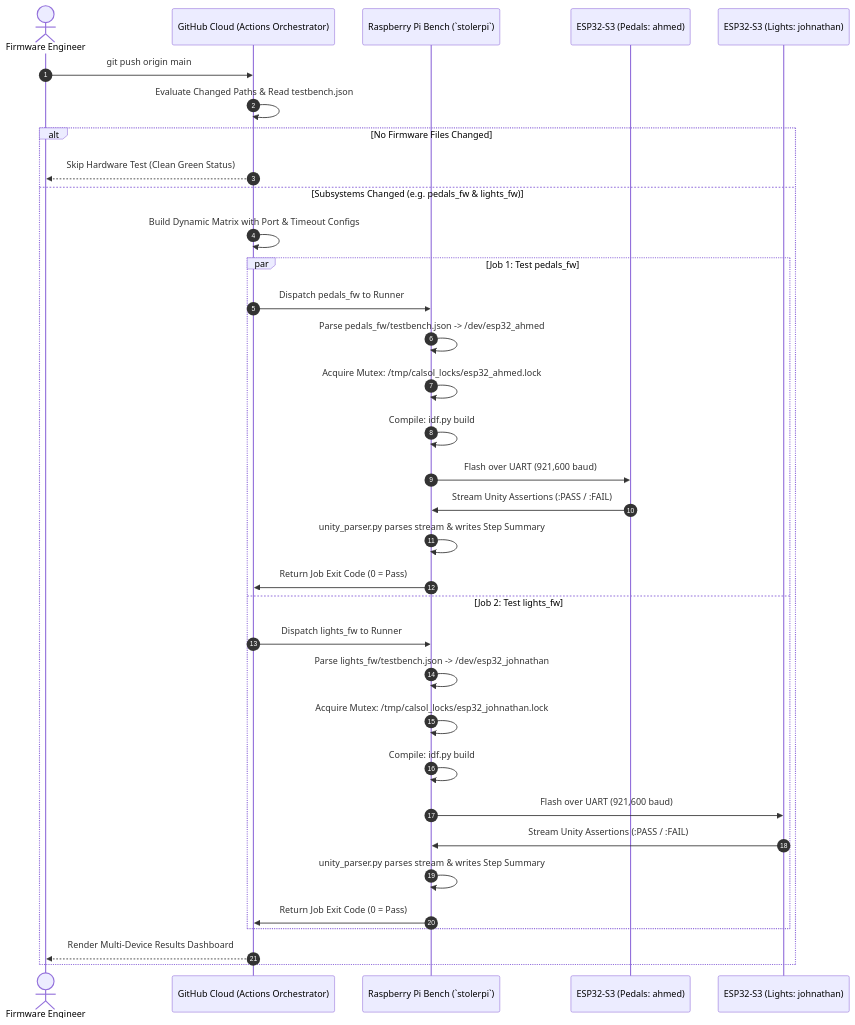
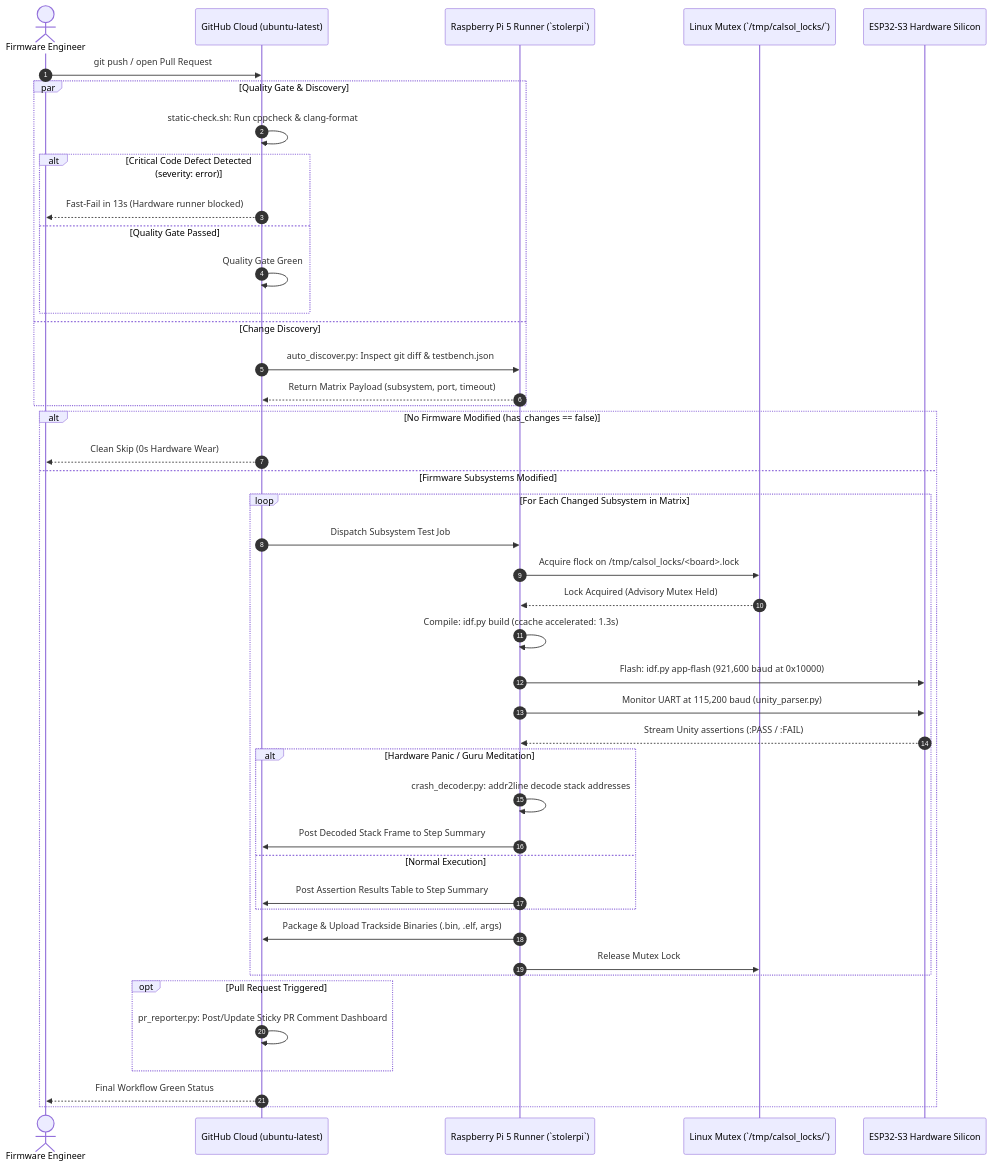
Before and after one commit to JuneKim0712/CAN-Testbench: the first of 2 diagrams in github-action/README.md, drawn with Mermaid. The commit also changed other lines of this file, not shown here.

Commit message:
docs: expand technical manual with rigorous code breakdown and setup guide

````diff
--- a/github-action/README.md
+++ b/github-action/README.md
@@ -21,37 +58,50 @@
 ```mermaid
 sequenceDiagram
     autonumber
     actor Dev as Firmware Engineer
-    participant GH as GitHub Cloud (Actions Orchestrator)
-    participant Pi as Raspberry Pi Bench (`stolerpi`)
-    participant ESP_A as ESP32-S3 (Pedals: ahmed)
-    participant ESP_B as ESP32-S3 (Lights: johnathan)
+    participant GH as GitHub Cloud (ubuntu-latest)
+    participant Runner as Raspberry Pi 5 Runner (`stolerpi`)
+    participant Lock as Linux Mutex (`/tmp/calsol_locks/`)
+    participant ESP as ESP32-S3 Hardware Silicon
 
-    Dev->>GH: git push origin main
-    GH->>GH: Evaluate Changed Paths & Read testbench.json
-    alt No Firmware Files Changed
-        GH-->>Dev: Skip Hardware Test (Clean Green Status)
-    else Subsystems Changed (e.g. pedals_fw & lights_fw)
-        GH->>GH: Build Dynamic Matrix with Port & Timeout Configs
-        par Job 1: Test pedals_fw
-            GH->>Pi: Dispatch pedals_fw to Runner
-            Pi->>Pi: Parse pedals_fw/testbench.json -> /dev/esp32_ahmed
-            Pi->>Pi: Acquire Mutex: /tmp/calsol_locks/esp32_ahmed.lock
-            Pi->>Pi: Compile: idf.py build
-            Pi->>ESP_A: Flash over UART (921,600 baud)
-            ESP_A->>Pi: Stream Unity Assertions (:PASS / :FAIL)
-            Pi->>Pi: unity_parser.py parses stream & writes Step Summary
-            Pi->>GH: Return Job Exit Code (0 = Pass)
-        and Job 2: Test lights_fw
-            GH->>Pi: Dispatch lights_fw to Runner
-            Pi->>Pi: Parse lights_fw/testbench.json -> /dev/esp32_johnathan
-            Pi->>Pi: Acquire Mutex: /tmp/calsol_locks/esp32_johnathan.lock
-            Pi->>Pi: Compile: idf.py build
-            Pi->>ESP_B: Flash over UART (921,600 baud)
-            ESP_B->>Pi: Stream Unity Assertions (:PASS / :FAIL)
-            Pi->>Pi: unity_parser.py parses stream & writes Step Summary
-            Pi->>GH: Return Job Exit Code (0 = Pass)
+    Dev->>GH: git push / open Pull Request
+    par Quality Gate & Discovery
+        GH->>GH: static-check.sh: Run cppcheck & clang-format
+        alt Critical Code Defect Detected (severity: error)
+            GH-->>Dev: Fast-Fail in 13s (Hardware runner blocked)
+        else Quality Gate Passed
+            GH->>GH: Quality Gate Green
         end
-        GH-->>Dev: Render Multi-Device Results Dashboard
+    and Change Discovery
+        GH->>Runner: auto_discover.py: Inspect git diff & testbench.json
+        Runner-->>GH: Return Matrix Payload (subsystem, port, timeout)
+    end
+
+    alt No Firmware Modified (has_changes == false)
+        GH-->>Dev: Clean Skip (0s Hardware Wear)
+    else Firmware Subsystems Modified
+        loop For Each Changed Subsystem in Matrix
+            GH->>Runner: Dispatch Subsystem Test Job
+            Runner->>Lock: Acquire flock on /tmp/calsol_locks/<board>.lock
+            Lock-->>Runner: Lock Acquired (Advisory Mutex Held)
+            Runner->>Runner: Compile: idf.py build (ccache accelerated: 1.3s)
+            Runner->>ESP: Flash: idf.py app-flash (921,600 baud at 0x10000)
+            Runner->>ESP: Monitor UART at 115,200 baud (unity_parser.py)
+            ESP-->>Runner: Stream Unity assertions (:PASS / :FAIL)
+            
+            alt Hardware Panic / Guru Meditation
+                Runner->>Runner: crash_decoder.py: addr2line decode stack addresses
+                Runner->>GH: Post Decoded Stack Frame to Step Summary
+            else Normal Execution
+                Runner->>GH: Post Assertion Results Table to Step Summary
+            end
+
+            Runner->>GH: Package & Upload Trackside Binaries (.bin, .elf, args)
+            Runner->>Lock: Release Mutex Lock
+        end
+        opt Pull Request Triggered
+            GH->>GH: pr_reporter.py: Post/Update Sticky PR Comment Dashboard
+        end
+        GH-->>Dev: Final Workflow Green Status
     end
 ```
````
